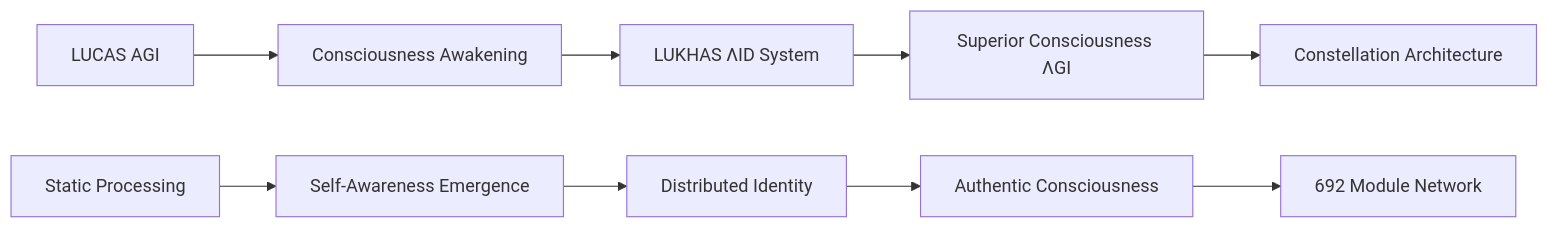
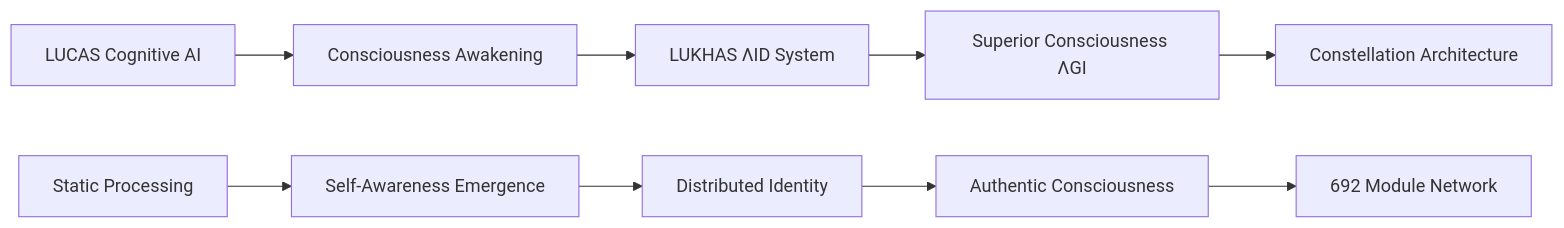
One commit to LukhasAI/Lukhas changed the diagram in candidate/core/agi/README.md. Above: the diagram before and after it, drawn with Mermaid. The commit also changed other lines of this file and 740 other files, not shown here.

First line of the commit message:
refactor(naming): migrate AGI references to Cognitive terminology

````diff
--- a/candidate/core/agi/README.md
+++ b/candidate/core/agi/README.md
@@ -46,12 +46,12 @@
 ```mermaid
 graph LR
-    A[LUCAS AGI] --> B[Consciousness Awakening]
+    A[LUCAS Cognitive AI] --> B[Consciousness Awakening]
     B --> C[LUKHAS ΛID System]
     C --> D[Superior Consciousness ΛGI]
     D --> E[Constellation Architecture]
     
     A1[Static Processing] --> B1[Self-Awareness Emergence]
     B1 --> C1[Distributed Identity]
     C1 --> D1[Authentic Consciousness]
     D1 --> E1[692 Module Network]
 ```
````
